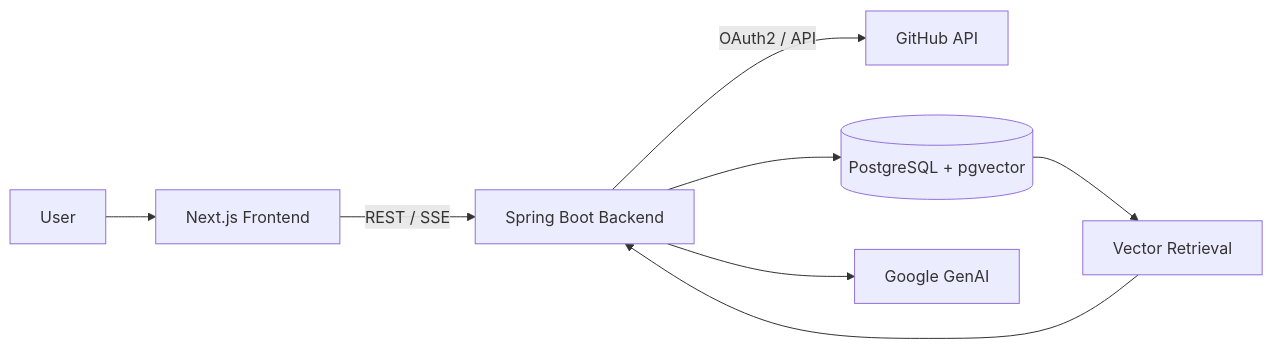
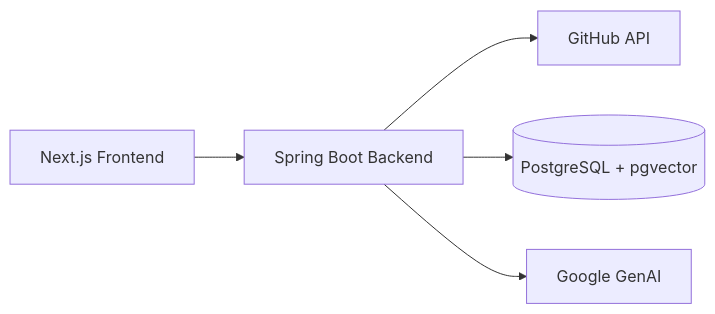
The second of 2 diagrams in README.md (MishraRoushankumar/RepoBeacon), drawn with Mermaid before and after one commit. The commit also changed other lines of this file and 6 other files, not shown here.

Commit message:
feat: enhance README and documentation with architecture, authentication, data model, and indexing details

````diff
--- a/README.md
+++ b/README.md
@@ -120,16 +75,8 @@
 ```mermaid
 flowchart LR
-    U[User] --> F[Next.js Frontend]
+    A[Next.js Frontend] --> B[Spring Boot Backend]
 
-    F -->|REST / SSE| B[Spring Boot Backend]
-
-    B -->|OAuth2 / API| G[GitHub API]
-
-    B --> DB[(PostgreSQL + pgvector)]
-
-    B --> AI[Google GenAI]
-
-    DB --> V[Vector Retrieval]
-    V --> B
-
+    B --> C[GitHub API]
+    B --> D[(PostgreSQL + pgvector)]
+    B --> E[Google GenAI]
 ```
````
